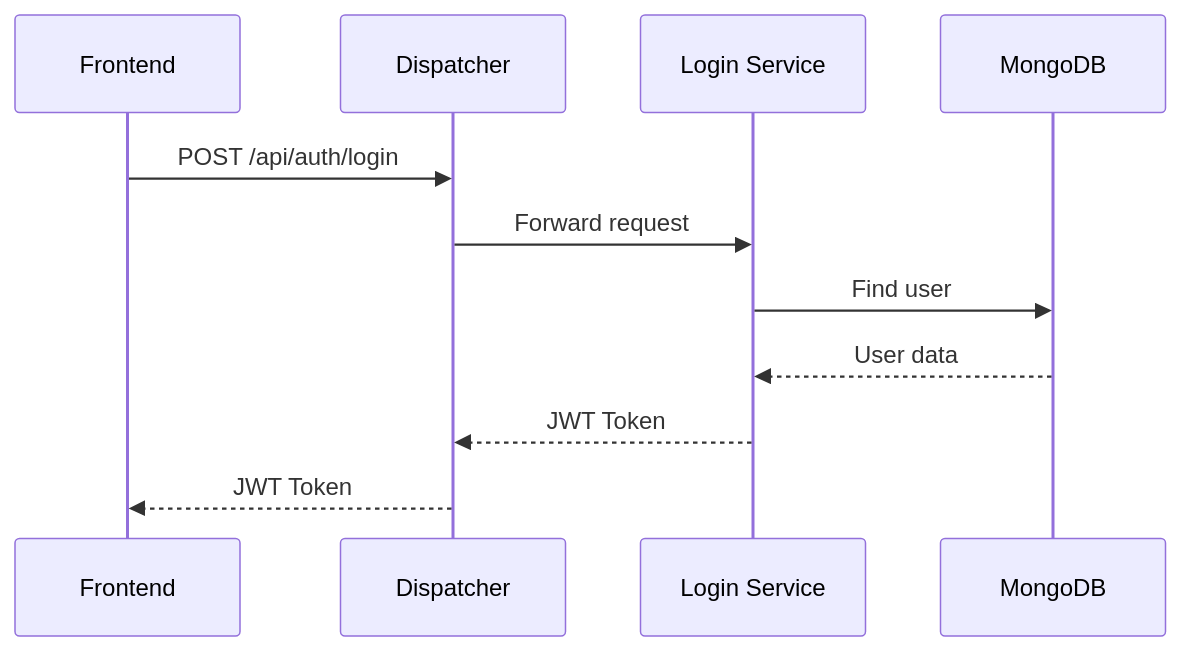
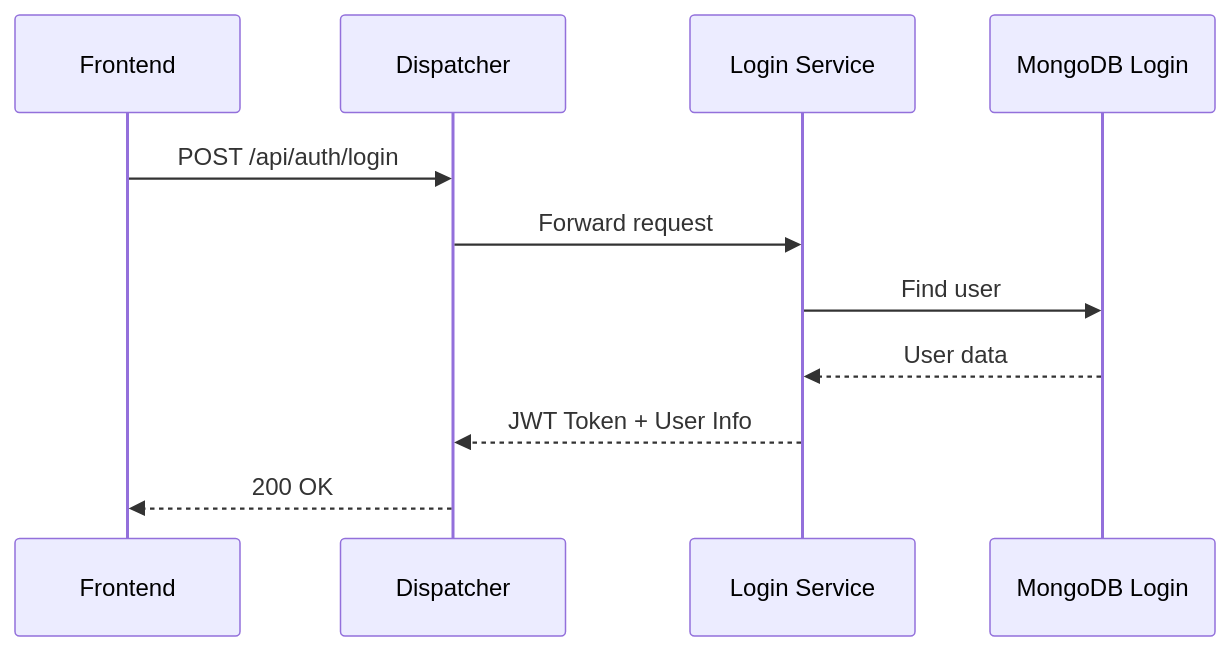
One commit to sudenazguldal/YAZ-LAB-II-KurumArsivi changed the second of 5 diagrams in README.md. Above: the diagram before and after it, drawn with Mermaid. The commit also changed other lines of this file, not shown here.

First line of the commit message:
Enhance README with service details and diagrams

````diff
--- a/README.md
+++ b/README.md
@@ -75,14 +89,14 @@
 ```mermaid
 sequenceDiagram
     participant F as Frontend
     participant D as Dispatcher
     participant L as Login Service
-    participant DB as MongoDB
+    participant DB as MongoDB Login
 
     F->>D: POST /api/auth/login
     D->>L: Forward request
     L->>DB: Find user
     DB-->>L: User data
-    L-->>D: JWT Token
-    D-->>F: JWT Token
+    L-->>D: JWT Token + User Info
+    D-->>F: 200 OK
 ```
````
